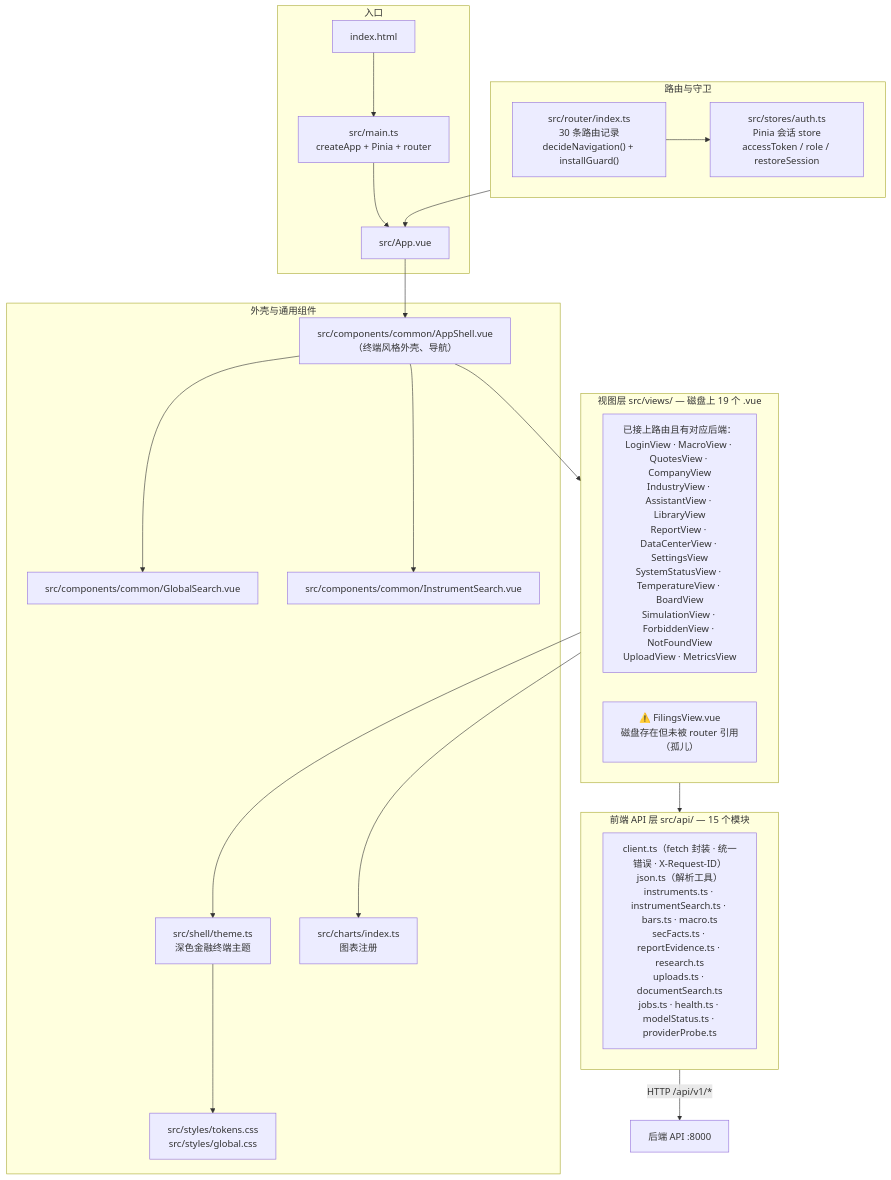
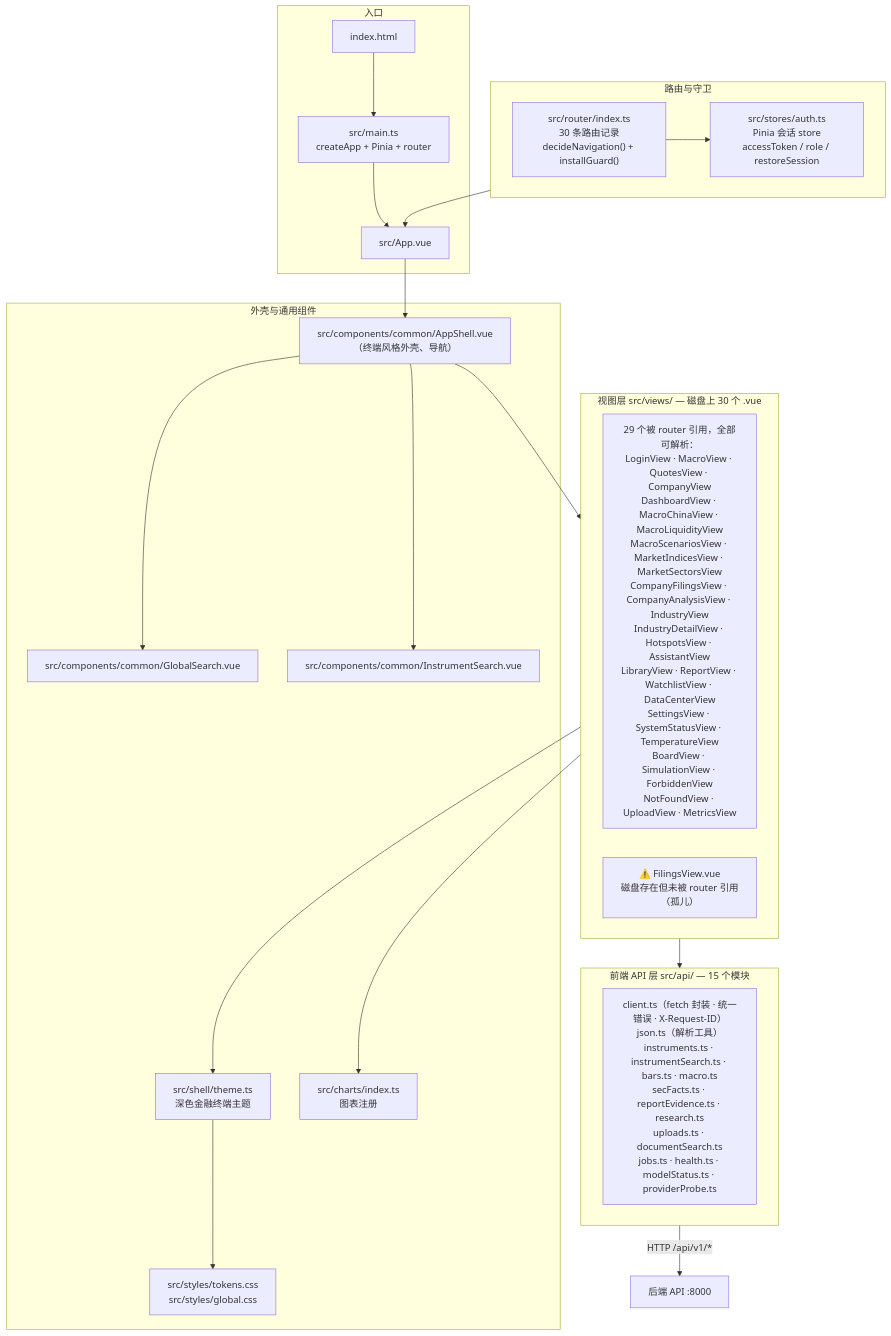
One commit to tl307440-boop/finscope-ai changed the third of 6 diagrams in docs/thesis/架构图.md. Above: the diagram before and after it, drawn with Mermaid. The commit also changed other lines of this file and 45 other files, not shown here.

Commit message:
按规格书补齐：调度器、真实中国宏观与公告链路、E2E 与截图、论文材料

````diff
--- a/docs/thesis/架构图.md
+++ b/docs/thesis/架构图.md
@@ -159,43 +184,43 @@
 ```mermaid
 flowchart TB
     subgraph ENTRY["入口"]
         IDX["index.html"]
         MAIN["src/main.ts<br/>createApp + Pinia + router"]
         APP["src/App.vue"]
     end
 
     subgraph ROUTING["路由与守卫"]
         RT["src/router/index.ts<br/>30 条路由记录<br/>decideNavigation() + installGuard()"]
         ST["src/stores/auth.ts<br/>Pinia 会话 store<br/>accessToken / role / restoreSession"]
     end
 
     subgraph SHELL["外壳与通用组件"]
         AS["src/components/common/AppShell.vue<br/>（终端风格外壳、导航）"]
         GS["src/components/common/GlobalSearch.vue"]
         IS["src/components/common/InstrumentSearch.vue"]
         TH["src/shell/theme.ts<br/>深色金融终端主题"]
         CSS["src/styles/tokens.css<br/>src/styles/global.css"]
         CH["src/charts/index.ts<br/>图表注册"]
     end
 
-    subgraph VIEWS["视图层 src/views/ — 磁盘上 19 个 .vue"]
-        V1["已接上路由且有对应后端：<br/>LoginView · MacroView · QuotesView · CompanyView<br/>IndustryView · AssistantView · LibraryView<br/>ReportView · DataCenterView · SettingsView<br/>SystemStatusView · TemperatureView · BoardView<br/>SimulationView · ForbiddenView · NotFoundView<br/>UploadView · MetricsView"]
+    subgraph VIEWS["视图层 src/views/ — 磁盘上 30 个 .vue"]
+        V1["29 个被 router 引用，全部可解析：<br/>LoginView · MacroView · QuotesView · CompanyView<br/>DashboardView · MacroChinaView · MacroLiquidityView<br/>MacroScenariosView · MarketIndicesView · MarketSectorsView<br/>CompanyFilingsView · CompanyAnalysisView · IndustryView<br/>IndustryDetailView · HotspotsView · AssistantView<br/>LibraryView · ReportView · WatchlistView · DataCenterView<br/>SettingsView · SystemStatusView · TemperatureView<br/>BoardView · SimulationView · ForbiddenView<br/>NotFoundView · UploadView · MetricsView"]
         V2["⚠️ FilingsView.vue<br/>磁盘存在但未被 router 引用（孤儿）"]
     end
 
     subgraph APILAYER["前端 API 层 src/api/ — 15 个模块"]
         APIC["client.ts（fetch 封装 · 统一错误 · X-Request-ID）<br/>json.ts（解析工具）<br/>instruments.ts · instrumentSearch.ts · bars.ts · macro.ts<br/>secFacts.ts · reportEvidence.ts · research.ts<br/>uploads.ts · documentSearch.ts<br/>jobs.ts · health.ts · modelStatus.ts · providerProbe.ts"]
     end
 
     IDX --> MAIN --> APP --> AS
     AS --> VIEWS
     AS --> GS
     AS --> IS
     ROUTING --> APP
     RT --> ST
     VIEWS --> APILAYER
     VIEWS --> CH
     VIEWS --> TH
     TH --> CSS
     APILAYER -->|"HTTP /api/v1/*"| BE["后端 API :8000"]
 ```
````
